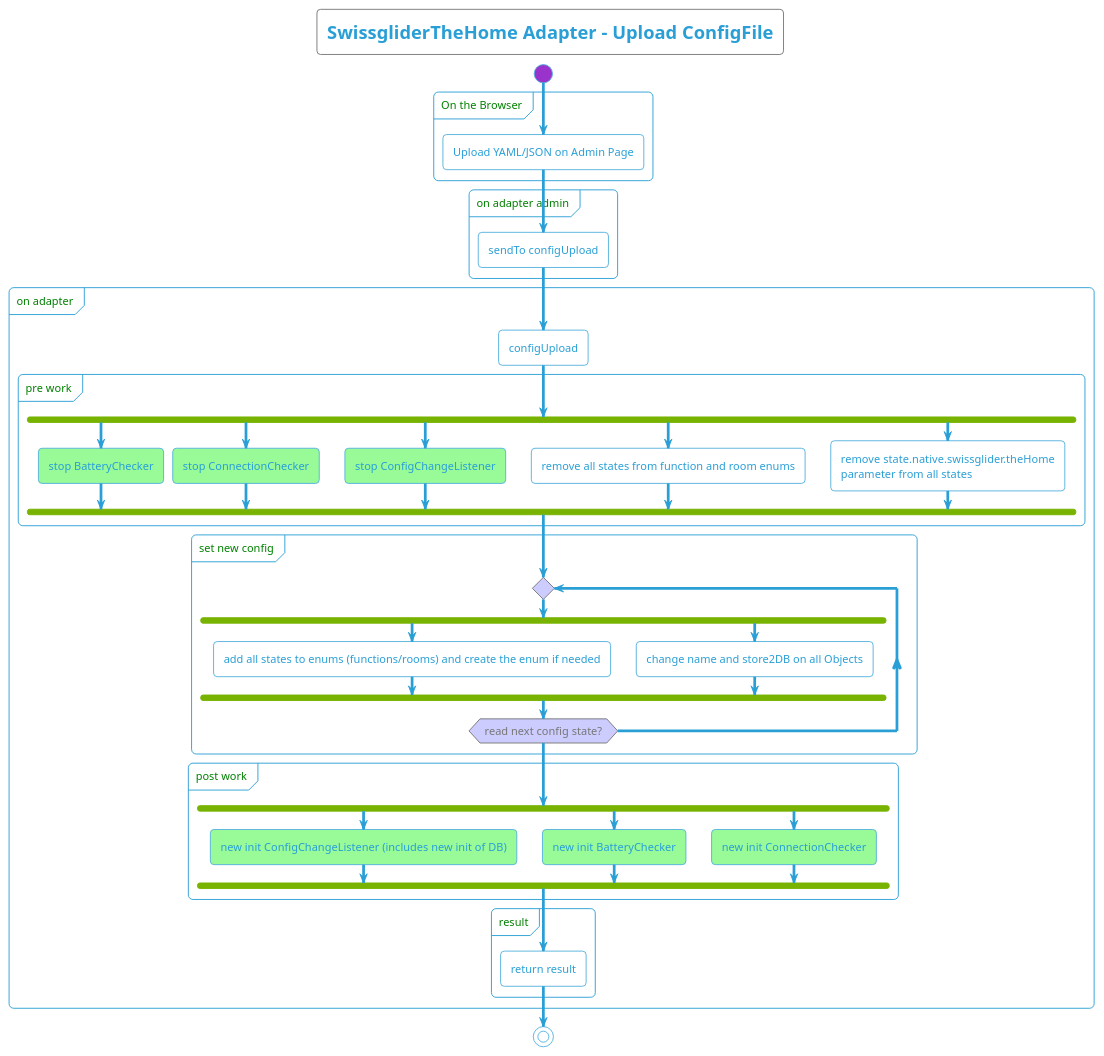
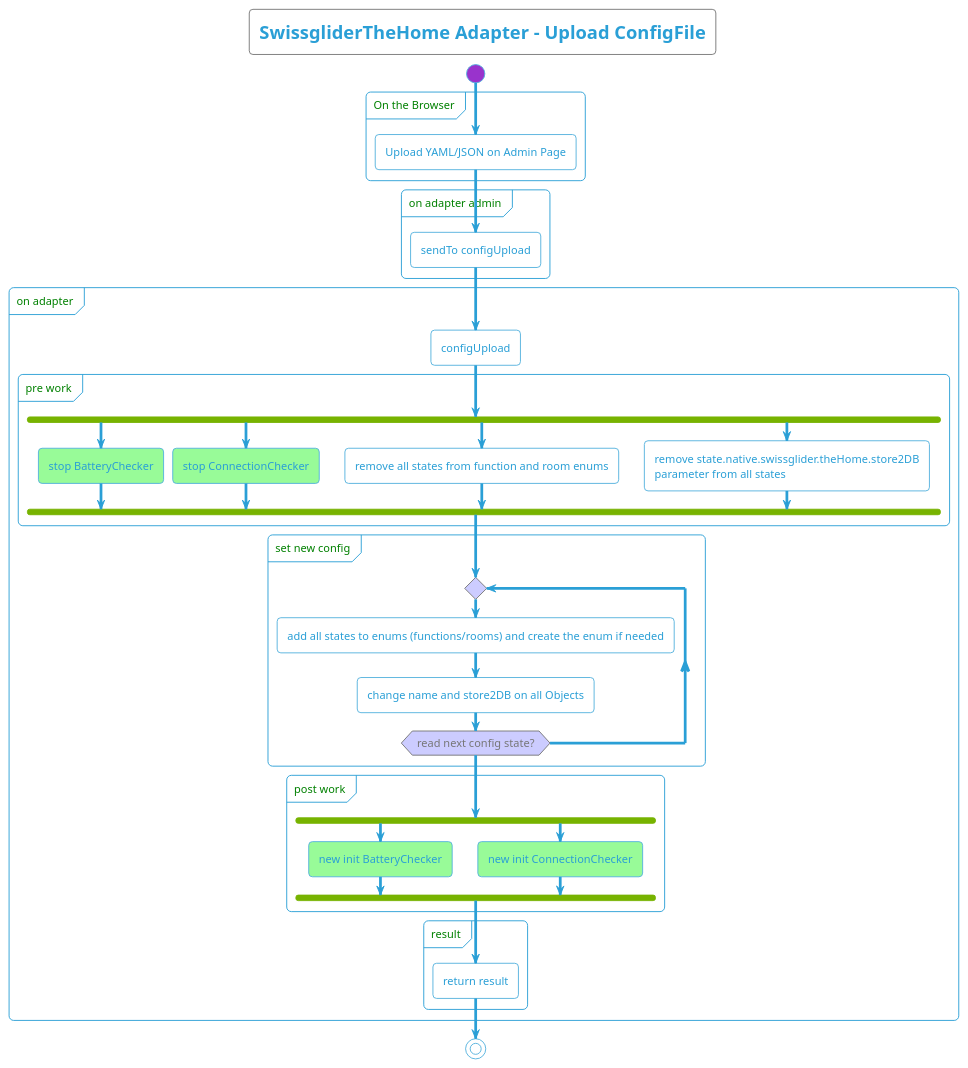
One commit to swissglider/iobroker.thehome changed the diagram in docu/plantuml/server/SwissgliderTheHome - Activity Diagram - ConfigUploader.iuml. Above: the diagram before and after it, drawn with PlantUML. The commit also changed 55 other files, not shown here.

Commit message:
implemented the configChange Listener and Admin state name reset view

```diff
--- a/docu/plantuml/server/SwissgliderTheHome - Activity Diagram - ConfigUploader.iuml
+++ b/docu/plantuml/server/SwissgliderTheHome - Activity Diagram - ConfigUploader.iuml
@@ -1,69 +1,62 @@
 @startuml
 !theme cyborg-outline
 
 <style>
     diamond {
         BackgroundColor #ccf
     }
     partition {
         FontColor green
         RoundCorner 10
     }
   arrow {
     FontColor black
     FontName arial
   }
 </style>
 
 title
     SwissgliderTheHome Adapter - Upload ConfigFile
 end title
 
 start
 partition "On the Browser" {
     :Upload YAML/JSON on Admin Page;
 }
 partition "on adapter admin" {
 :sendTo configUpload;
 }
 partition "on adapter" {
     :configUpload;
     partition "pre work" {
         fork
             #palegreen:stop BatteryChecker;
             fork again
             #palegreen:stop ConnectionChecker;
             fork again
-            #palegreen:stop ConfigChangeListener;
-            fork again
             :remove all states from function and room enums;
             fork again
-            :remove state.native.swissglider.theHome 
+            :remove state.native.swissglider.theHome.store2DB
             parameter from all states;
         end fork
     }
     partition "set new config" {
         repeat
-            fork
-                :add all states to enums (functions/rooms) and create the enum if needed;
-                fork again
-                :change name and store2DB on all Objects;
-            end fork
+            :add all states to enums (functions/rooms) and create the enum if needed;
+            :change name and store2DB on all Objects;
         repeat while (read next config state?)
     }
     partition "post work" {
         fork
-            #palegreen:new init ConfigChangeListener (includes new init of DB);
-            fork again
             #palegreen:new init BatteryChecker;
             fork again
             #palegreen:new init ConnectionChecker;
         end fork
     }
     partition "result" {
         :return result;
     }
 }
 stop
 
 @enduml
```
